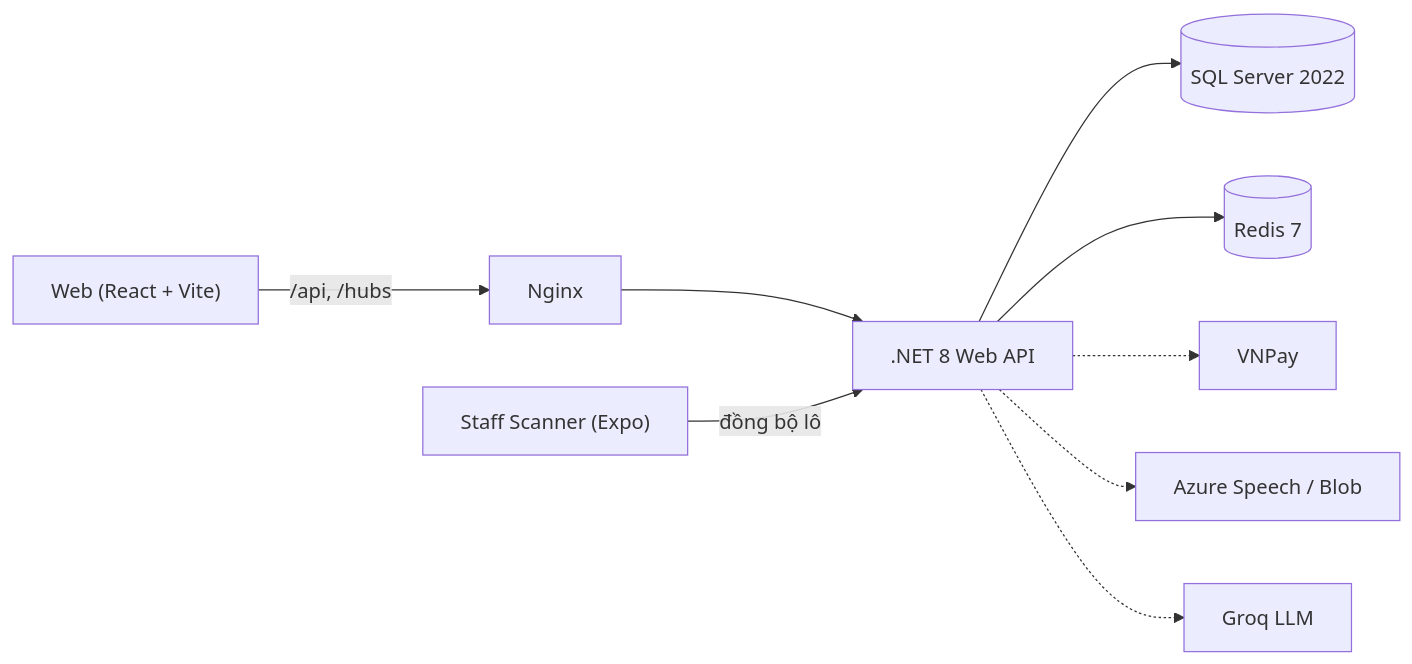
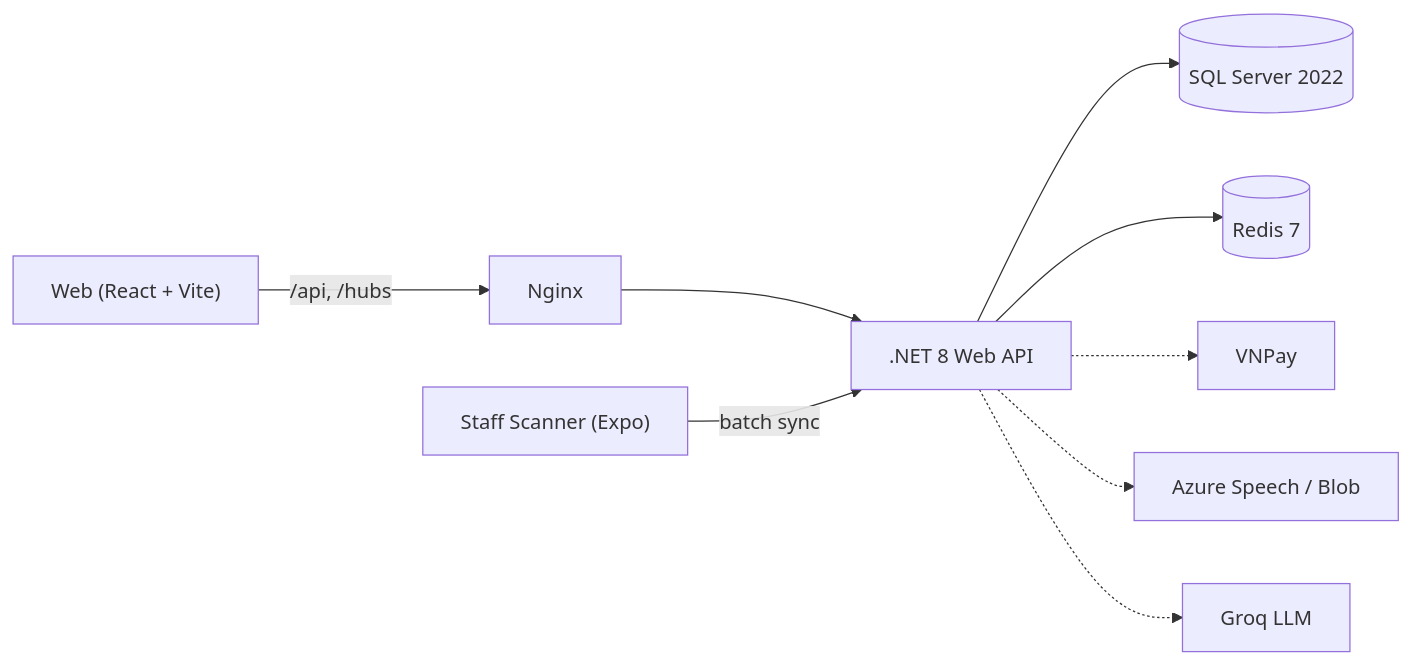
Before and after one commit to minhvuong0909/waterbus-system: the first of 2 diagrams in README.md, drawn with Mermaid. The commit also changed other lines of this file and 1 other file, not shown here.

````diff
--- a/README.md
+++ b/README.md
@@ -35,11 +38,11 @@
 ```mermaid
 flowchart LR
     Web["Web (React + Vite)"] -->|/api, /hubs| Nginx
     Nginx --> API[".NET 8 Web API"]
-    Mobile["Staff Scanner (Expo)"] -->|đồng bộ lô| API
+    Mobile["Staff Scanner (Expo)"] -->|batch sync| API
     API --> SQL[("SQL Server 2022")]
     API --> Redis[("Redis 7")]
     API -.-> VNPay[VNPay]
     API -.-> Azure["Azure Speech / Blob"]
     API -.-> Groq["Groq LLM"]
 ```
````
